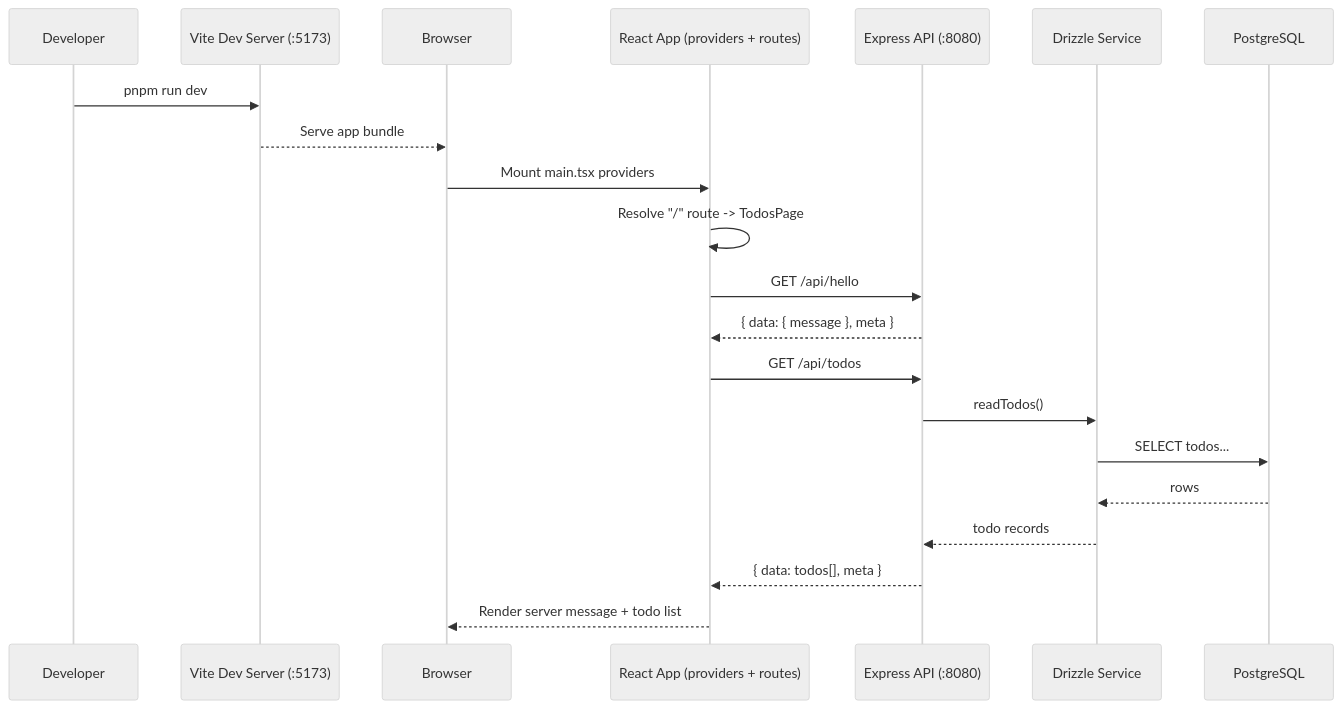
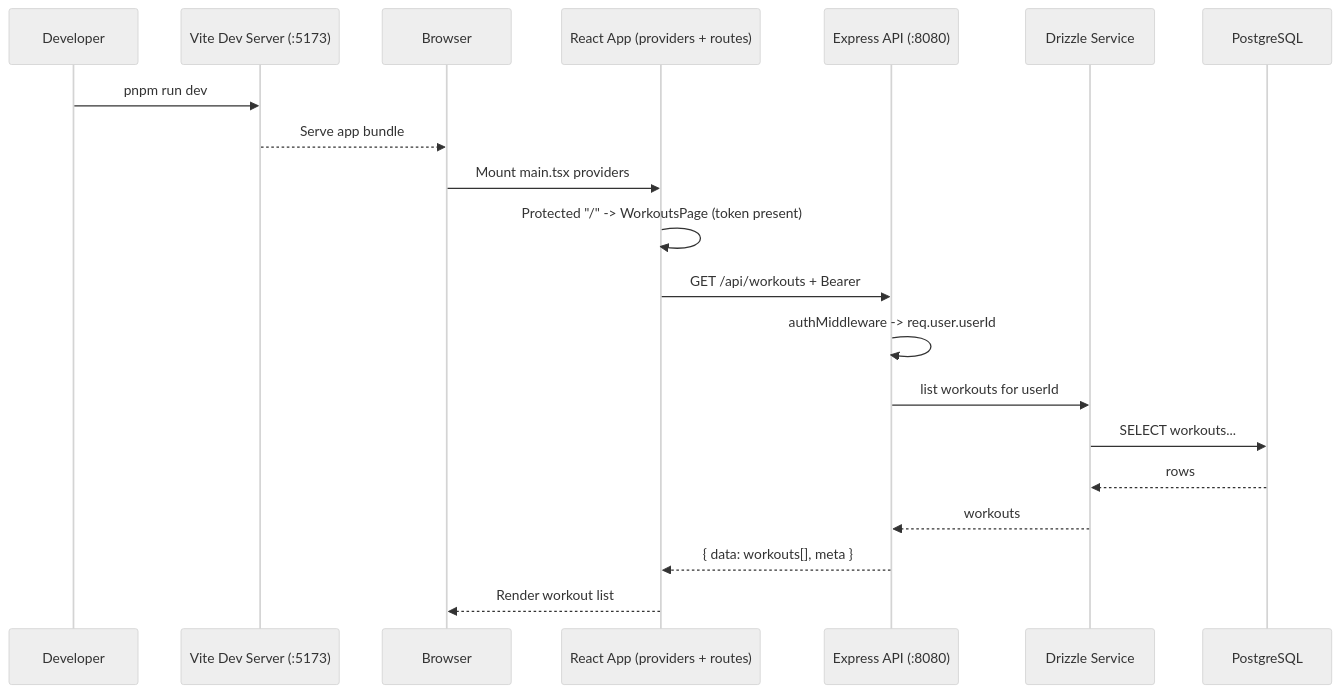
The first of 2 diagrams in docs/app-startup-walkthrough.md (Zhiwutian/workout-tracker), drawn with Mermaid (neutral theme) before and after one commit. The commit also changed other lines of this file and 104 other files, not shown here.

````diff
--- a/docs/app-startup-walkthrough.md
+++ b/docs/app-startup-walkthrough.md
@@ -74,24 +75,23 @@
 ```mermaid
 sequenceDiagram
     participant Dev as Developer
     participant Vite as Vite Dev Server (:5173)
     participant Browser as Browser
     participant React as React App (providers + routes)
     participant API as Express API (:8080)
     participant Drizzle as Drizzle Service
     participant DB as PostgreSQL
 
     Dev->>Vite: pnpm run dev
     Vite-->>Browser: Serve app bundle
     Browser->>React: Mount main.tsx providers
-    React->>React: Resolve "/" route -> TodosPage
-    React->>API: GET /api/hello
-    API-->>React: { data: { message }, meta }
-    React->>API: GET /api/todos
-    API->>Drizzle: readTodos()
-    Drizzle->>DB: SELECT todos...
+    React->>React: Protected "/" -> WorkoutsPage (token present)
+    React->>API: GET /api/workouts + Bearer
+    API->>API: authMiddleware -> req.user.userId
+    API->>Drizzle: list workouts for userId
+    Drizzle->>DB: SELECT workouts...
     DB-->>Drizzle: rows
-    Drizzle-->>API: todo records
-    API-->>React: { data: todos[], meta }
-    React-->>Browser: Render server message + todo list
+    Drizzle-->>API: workouts
+    API-->>React: { data: workouts[], meta }
+    React-->>Browser: Render workout list
 ```
````
